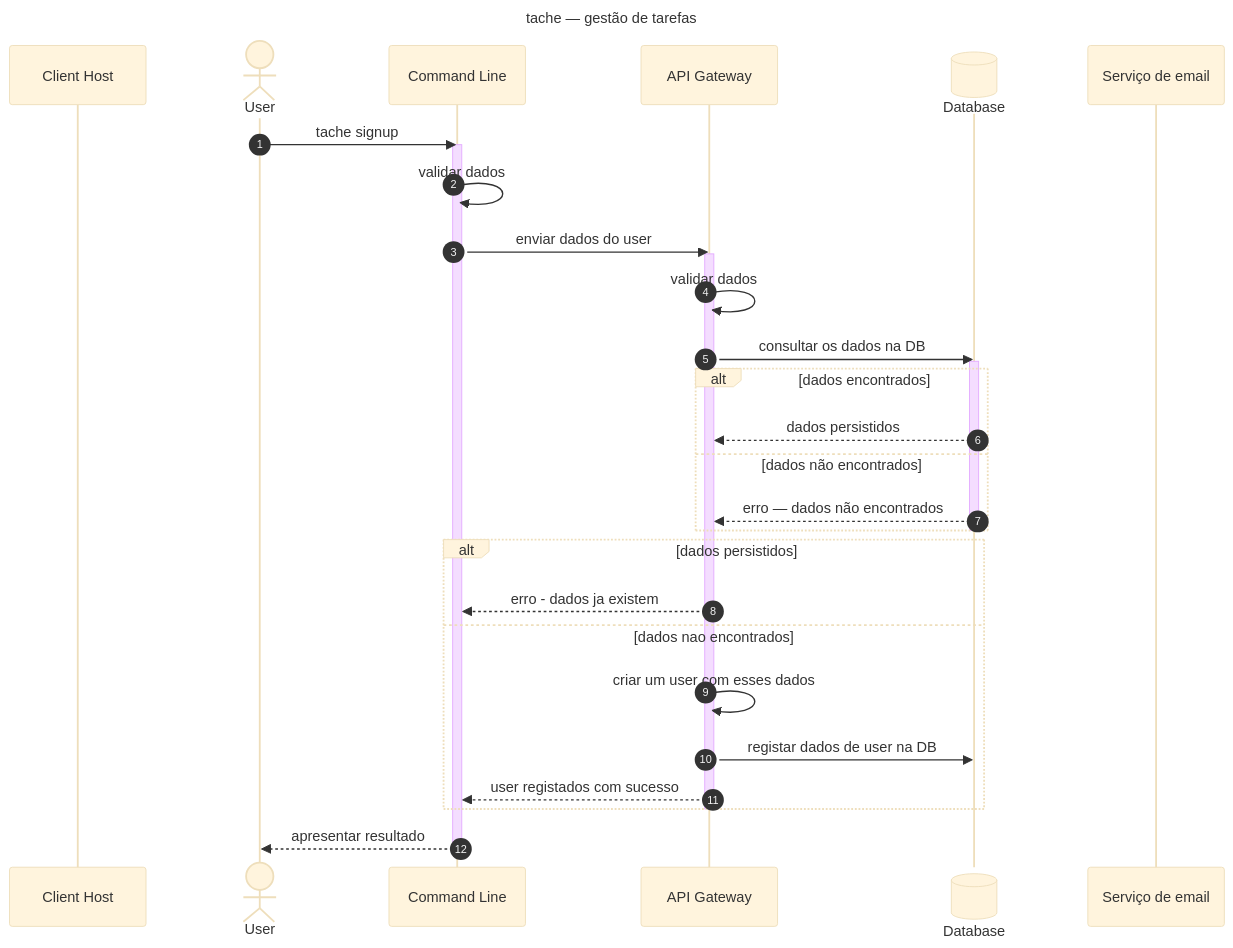
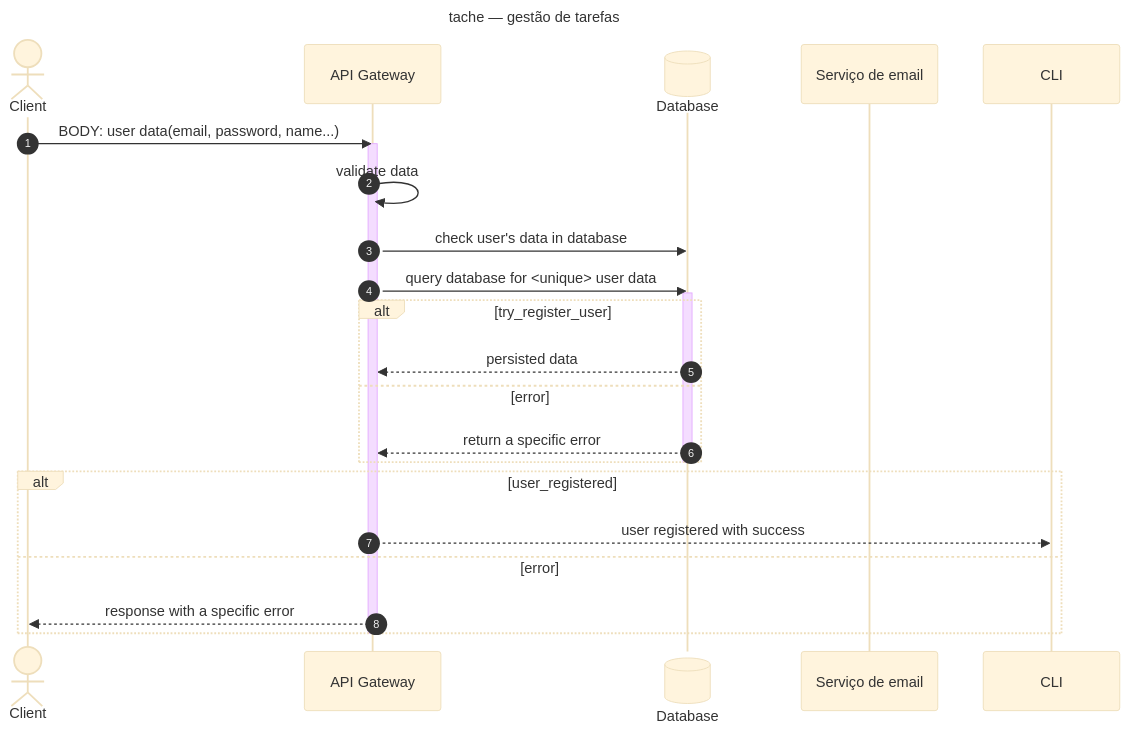
Before and after one commit to fevunge/tache-api: the diagram in docs/sequences/signup.md, drawn with Mermaid (base theme).

Commit message:
docs: refactor signup sequence diagram to consolidate client and API layers

````diff
--- a/docs/sequences/signup.md
+++ b/docs/sequences/signup.md
@@ -1,36 +1,28 @@
 ```mermaid
 sequenceDiagram
     title: tache — gestão de tarefas
     autonumber
-    participant Local as Client Host
-    actor User
-    participant CLI as Command Line
+    actor Client
     participant API as API Gateway
     participant DB@{ "type" : "database" } as Database
     participant Email as Serviço de email
 
-    User ->> CLI: tache signup
-    activate CLI
-    CLI ->> CLI: validar dados
-    CLI ->> API: enviar dados do user
+    Client ->> API: BODY: user data(email, password, name...)
     activate API
-    API ->> API: validar dados
-    API ->> DB: consultar os dados na DB
+    API ->> API: validate data
+    API ->> DB:  check user's data in database
+    API ->> DB: query database for <unique> user data
     activate DB
-    alt dados encontrados
-        DB -->> API: dados persistidos
-    else dados não encontrados
-        DB -->> API: erro — dados não encontrados
+    alt try_register_user
+        DB -->> API: persisted data
+    else error
+        DB -->> API: return a specific error
     end
     deactivate DB
-    alt dados persistidos
-        API -->> CLI: erro - dados ja existem
-    else dados nao encontrados
-        API ->> API: criar um user com esses dados
-        API ->> DB: registar dados de user na DB
-        API -->> CLI: user registados com sucesso
+    alt user_registered
+        API -->> CLI: user registered with success
+    else error
+        API -->> Client: response with a specific error
     end
     deactivate API
-    CLI -->> User: apresentar resultado
-    deactivate CLI
 ```
````
